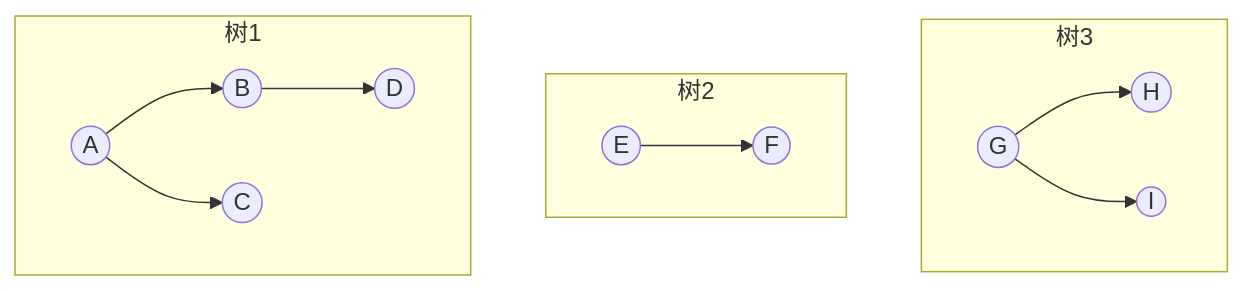
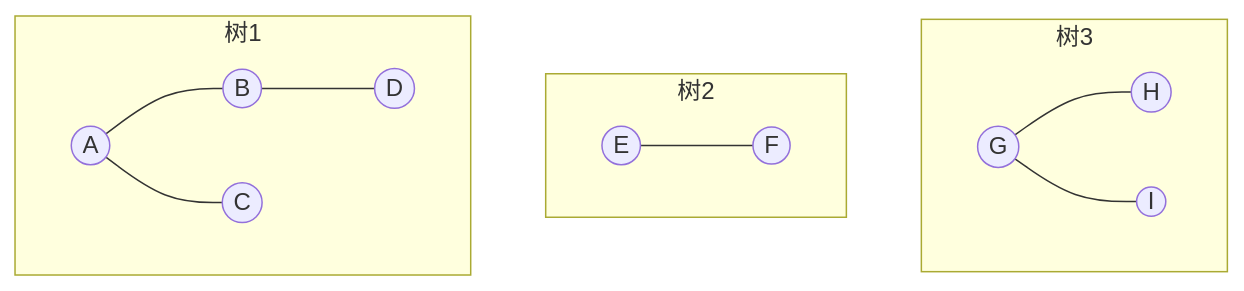
Before and after one commit to mujin-lin/mujin-blog: diagram 11 of 26 in docs/10.软考/10.软件设计师/10.数据结构与算法/15.树.md, drawn with Mermaid. The commit also changed other lines of this file and 2 other files, not shown here.

Commit message:
整理树的文章，增加图的文章内容

````diff
--- a/docs/10.软考/10.软件设计师/10.数据结构与算法/15.树.md
+++ b/docs/10.软考/10.软件设计师/10.数据结构与算法/15.树.md
@@ -676,19 +676,19 @@
 ```mermaid
 graph TD
     %% 树3
     subgraph 树3
-        G((G)) --> H((H))
-        G((G)) --> I((I))
+        G((G)) --- H((H))
+        G((G)) --- I((I))
     end
     %% 树1
    
     %% 树2
     subgraph 树2
-        E((E)) --> F((F))
+        E((E)) --- F((F))
     end
     subgraph 树1
-        A((A)) --> B((B))
-        A((A)) --> C((C))
-        B((B)) --> D((D))
+        A((A)) --- B((B))
+        A((A)) --- C((C))
+        B((B)) --- D((D))
     end
 ```
````
